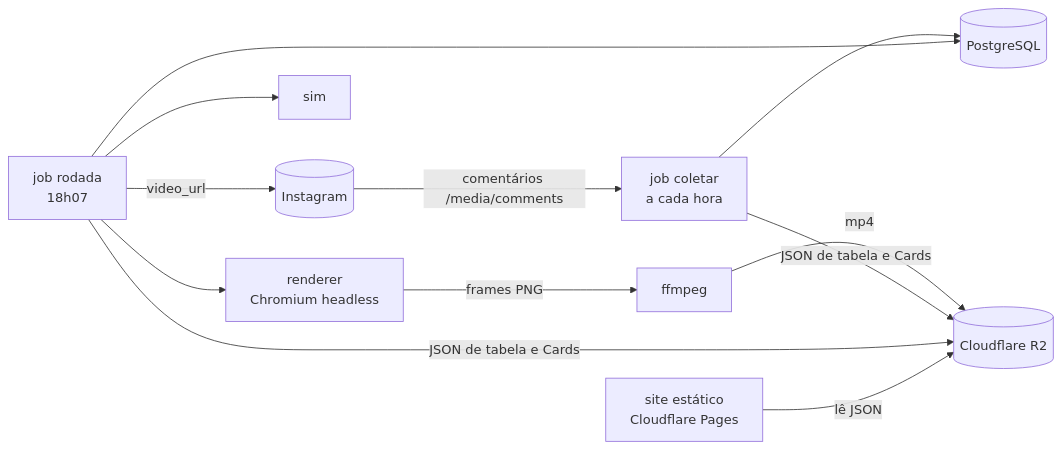
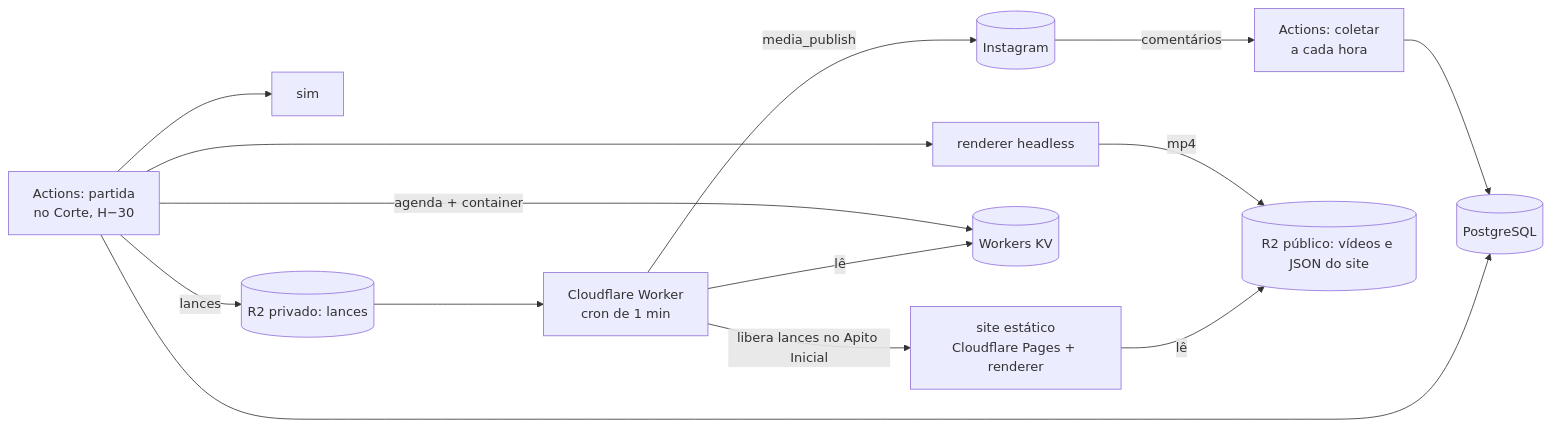
One commit to brunomcdesa/varzeao-da-mata changed the first of 2 diagrams in docs/arquitetura.md. Above: the diagram before and after it, drawn with Mermaid. The commit also changed other lines of this file and 3 other files, not shown here.

````diff
--- a/docs/arquitetura.md
+++ b/docs/arquitetura.md
@@ -7,13 +7,16 @@
 ```mermaid
 flowchart LR
-  IG[(Instagram)] -- comentários /media/comments --> C[job coletar<br/>a cada hora]
+  IG[(Instagram)] -- comentários --> C[Actions: coletar<br/>a cada hora]
   C --> DB[(PostgreSQL)]
-  R[job rodada<br/>18h07] --> DB
-  R --> SIM[sim]
-  R --> REN[renderer<br/>Chromium headless]
-  REN -- frames PNG --> FF[ffmpeg]
-  FF -- mp4 --> R2[(Cloudflare R2)]
-  R -- video_url --> IG
-  C & R -- JSON de tabela e Cards --> R2
-  SITE[site estático<br/>Cloudflare Pages] -- lê JSON --> R2
+  P[Actions: partida<br/>no Corte, H−30] --> DB
+  P --> SIM[sim]
+  P --> REN[renderer headless]
+  REN -- mp4 --> R2P[(R2 público: vídeos e JSON do site)]
+  P -- lances --> R2S[(R2 privado: lances)]
+  P -- agenda + container --> KV[(Workers KV)]
+  W[Cloudflare Worker<br/>cron de 1 min] -- lê --> KV
+  W -- media_publish --> IG
+  W -- libera lances no Apito Inicial --> SITE
+  R2S --> W
+  SITE[site estático<br/>Cloudflare Pages + renderer] -- lê --> R2P
 ```
````
